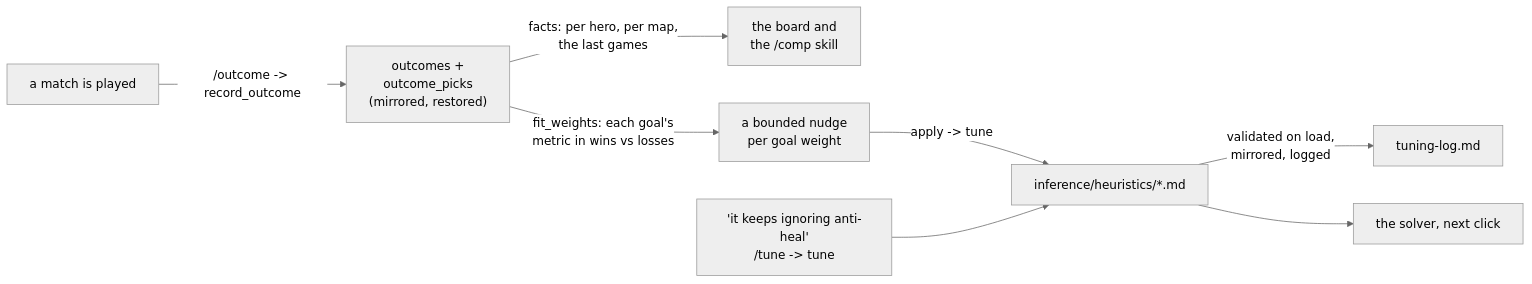
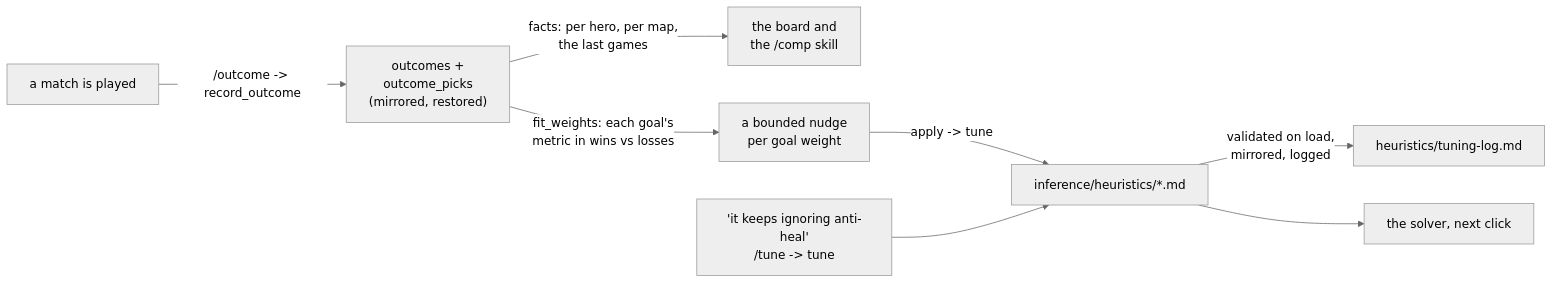
Before and after one commit to mmikol/counter-utility-matrix: the third of 6 diagrams in docs/architecture.md, drawn with Mermaid (neutral theme). The commit also changed 8 other files, not shown here.

First line of the commit message:
Keep the tuning log beside the heuristics, where the bind mount is

````diff
--- a/docs/architecture.md
+++ b/docs/architecture.md
@@ -104,10 +104,10 @@
 ```mermaid
 flowchart LR
     GAME["a match is played"] -->|"/outcome -> record_outcome"| OUT["outcomes +<br/>outcome_picks<br/>(mirrored, restored)"]
     OUT -->|"facts: per hero, per map,<br/>the last games"| BOARD["the board and<br/>the /comp skill"]
     OUT -->|"fit_weights: each goal's<br/>metric in wins vs losses"| FIT["a bounded nudge<br/>per goal weight"]
     FIT -->|"apply -> tune"| HEUR["inference/heuristics/*.md"]
     USER["'it keeps ignoring anti-heal'<br/>/tune -> tune"] --> HEUR
-    HEUR -->|"validated on load,<br/>mirrored, logged"| LOG["tuning-log.md"]
+    HEUR -->|"validated on load,<br/>mirrored, logged"| LOG["heuristics/tuning-log.md"]
     HEUR --> SOLVER["the solver, next click"]
 ```
````
